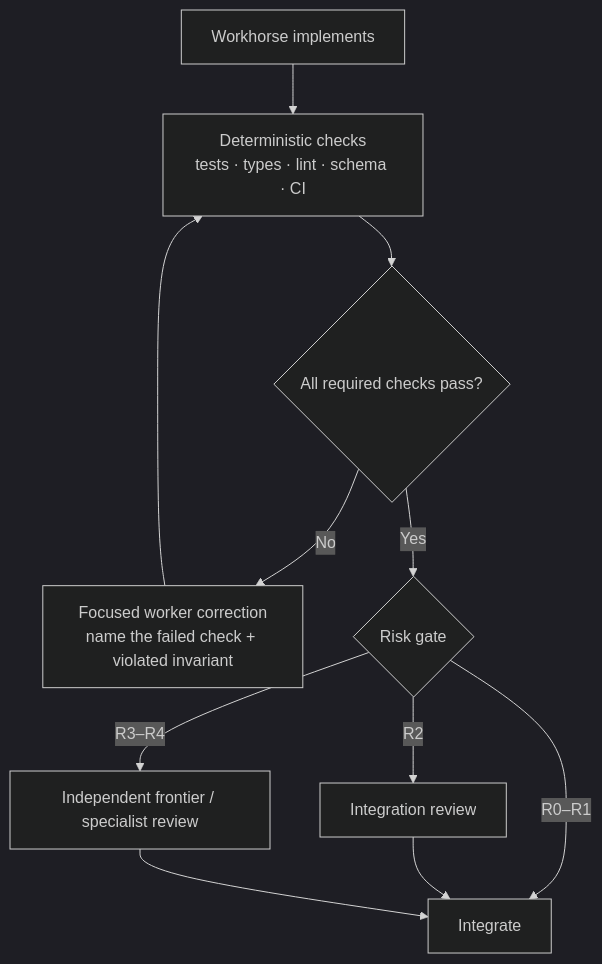
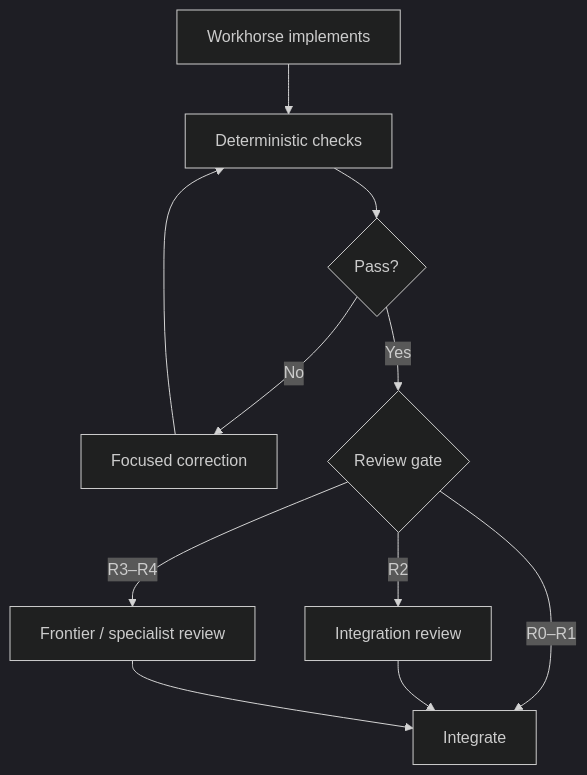
The fifth of 6 diagrams in docs/articles/frontier-decisions-cheap-execution.md (Strataward/durable-threads), drawn with Mermaid (dark theme) before and after one commit. The commit also changed other lines of this file and 6 other files, not shown here.

````diff
--- a/docs/articles/frontier-decisions-cheap-execution.md
+++ b/docs/articles/frontier-decisions-cheap-execution.md
@@ -169,13 +157,13 @@
 ```mermaid
-flowchart TD
-    W["Workhorse implements"] --> D["Deterministic checks<br/>tests · types · lint · schema · CI"]
-    D --> P{"All required checks pass?"}
-    P -->|"No"| C["Focused worker correction<br/>name the failed check + violated invariant"]
+flowchart TB
+    W["Workhorse implements"] --> D["Deterministic checks"]
+    D --> P{"Pass?"}
+    P -->|"No"| C["Focused correction"]
     C --> D
-    P -->|"Yes"| G{"Risk gate"}
+    P -->|"Yes"| G{"Review gate"}
     G -->|"R0–R1"| I["Integrate"]
     G -->|"R2"| R["Integration review"]
-    G -->|"R3–R4"| F["Independent frontier / specialist review"]
+    G -->|"R3–R4"| F["Frontier / specialist review"]
     R --> I
     F --> I
 ```
````
